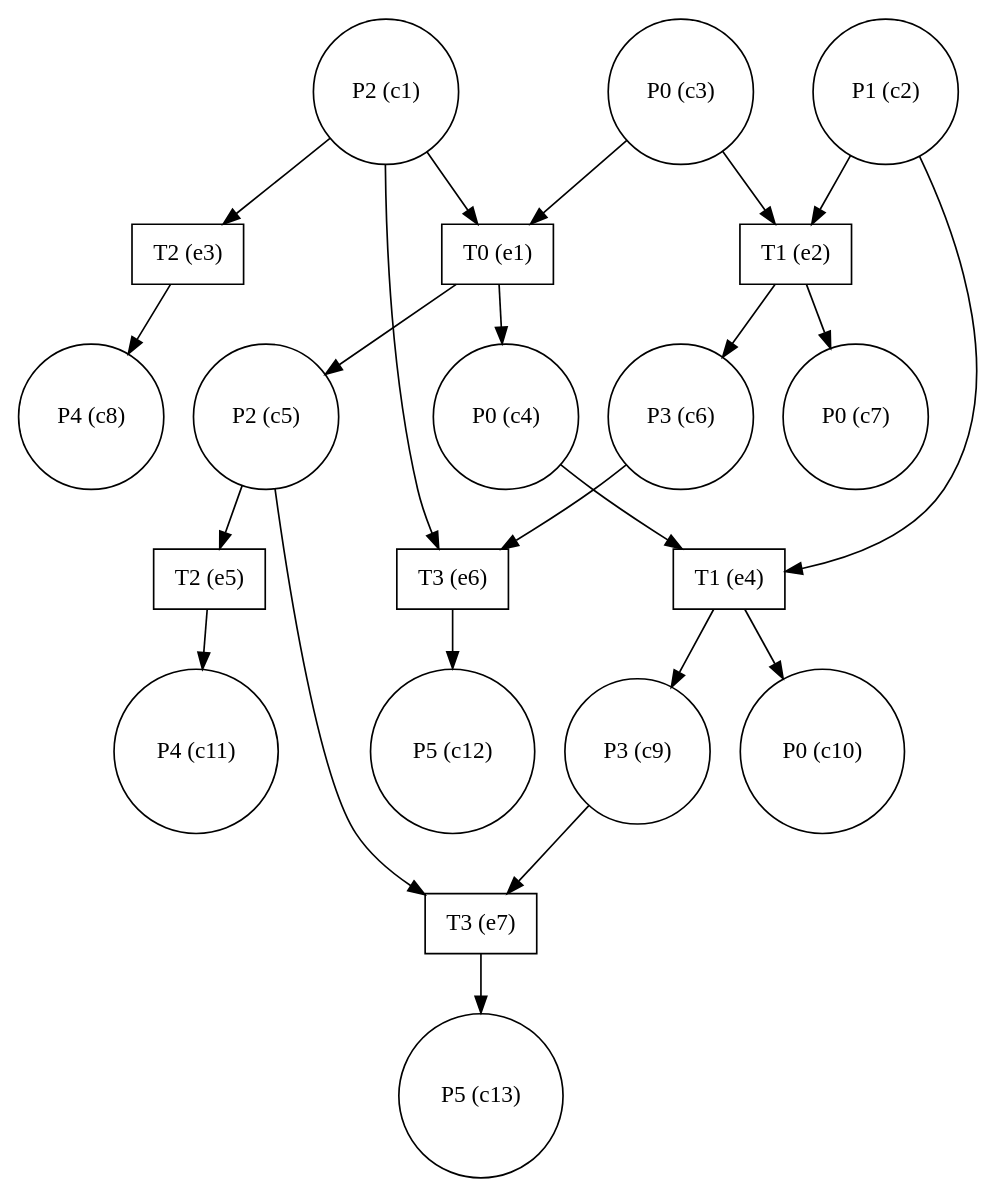
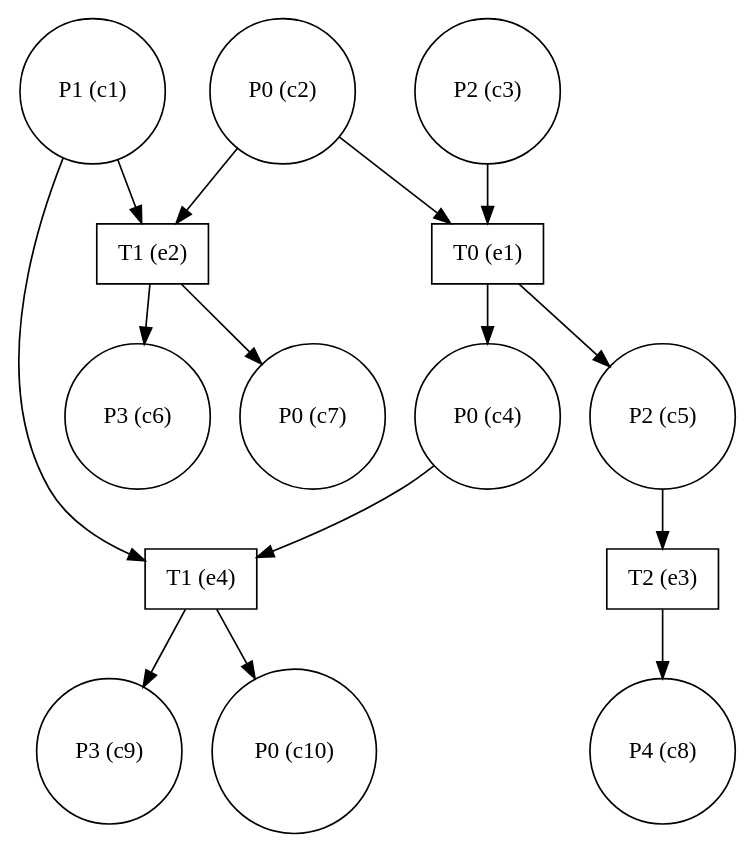
Before and after one commit to giannkas/ecofolder: the diagram in small_eg.dot, drawn with Graphviz. The commit also changed 10 other files, not shown here.

```diff
--- a/small_eg.dot
+++ b/small_eg.dot
@@ -1,44 +1,30 @@
 digraph test {
-  c1 -> e6;
-  c1 -> e3;
-  c1 -> e1;
-  c2 -> e4;
+  c1 -> e4;
+  c1 -> e2;
   c2 -> e2;
-  c3 -> e2;
+  c2 -> e1;
   c3 -> e1;
   e1 -> c4;
   c4 -> e4;
   e1 -> c5;
-  c5 -> e7;
-  c5 -> e5;
+  c5 -> e3;
   e2 -> c6;
-  c6 -> e6;
   e2 -> c7;
   e3 -> c8;
   e4 -> c9;
-  c9 -> e7;
   e4 -> c10;
-  e5 -> c11;
-  e6 -> c12;
-  e7 -> c13;
-  c1 [label="P2 (c1)" shape=circle];
-  c2 [label="P1 (c2)" shape=circle];
-  c3 [label="P0 (c3)" shape=circle];
+  c1 [label="P1 (c1)" shape=circle];
+  c2 [label="P0 (c2)" shape=circle];
+  c3 [label="P2 (c3)" shape=circle];
   c4 [label="P0 (c4)" shape=circle];
   c5 [label="P2 (c5)" shape=circle];
   c6 [label="P3 (c6)" shape=circle];
   c7 [label="P0 (c7)" shape=circle];
   c8 [label="P4 (c8)" shape=circle];
   c9 [label="P3 (c9)" shape=circle];
   c10 [label="P0 (c10)" shape=circle];
-  c11 [label="P4 (c11)" shape=circle];
-  c12 [label="P5 (c12)" shape=circle];
-  c13 [label="P5 (c13)" shape=circle];
   e1 [label="T0 (e1)" shape=box];
   e2 [label="T1 (e2)" shape=box];
   e3 [label="T2 (e3)" shape=box];
   e4 [label="T1 (e4)" shape=box];
-  e5 [label="T2 (e5)" shape=box];
-  e6 [label="T3 (e6)" shape=box];
-  e7 [label="T3 (e7)" shape=box];
 }
```
